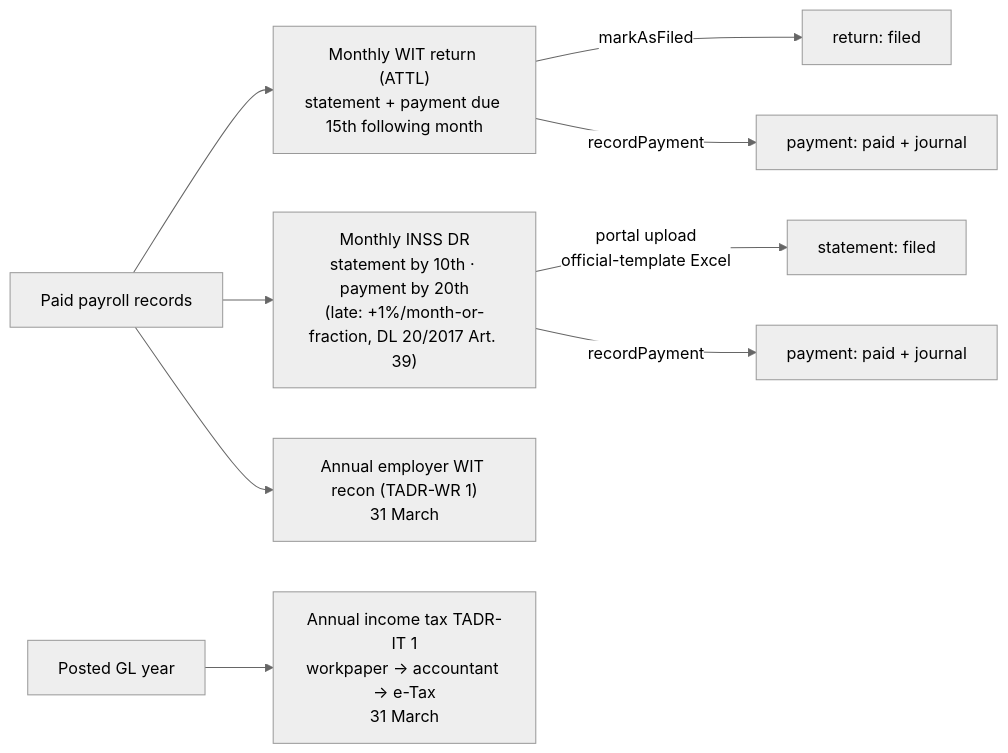
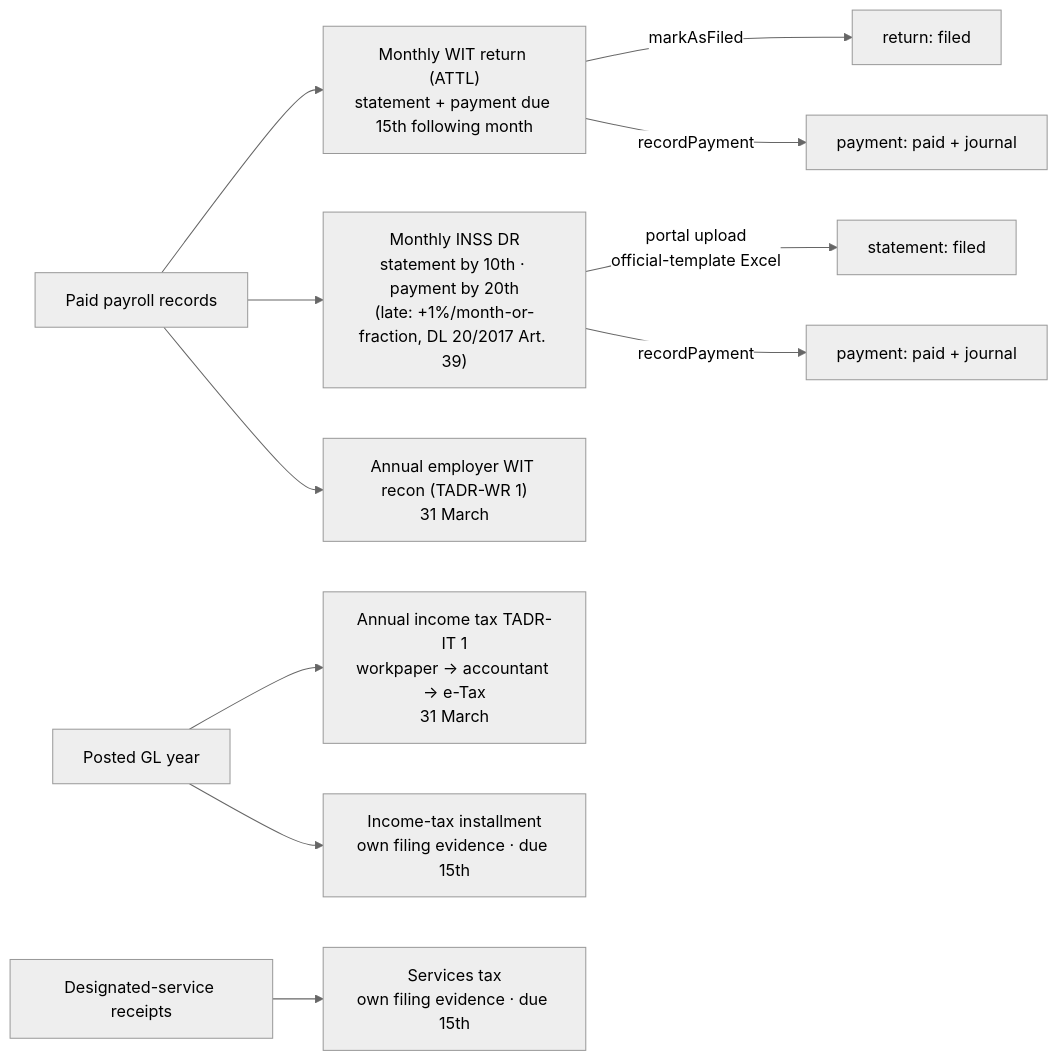
Before and after one commit to OniT-Enterprises/OniT-HR-Payrollerz: the third of 3 diagrams in docs/MONEY_CHAIN.md, drawn with Mermaid (neutral theme). The commit also changed other lines of this file and 70 other files, not shown here.

````diff
--- a/docs/MONEY_CHAIN.md
+++ b/docs/MONEY_CHAIN.md
@@ -74,12 +74,14 @@
 ```mermaid
 flowchart LR
     REC[Paid payroll records] --> WIT["Monthly WIT return (ATTL)\nstatement + payment due 15th following month"]
     REC --> DR["Monthly INSS DR\nstatement by 10th · payment by 20th\n(late: +1%/month-or-fraction, DL 20/2017 Art. 39)"]
     REC --> AWIT["Annual employer WIT recon (TADR-WR 1)\n31 March"]
     GLBOOKS[Posted GL year] --> AIT["Annual income tax TADR-IT 1\nworkpaper → accountant → e-Tax\n31 March"]
+    RECEIPTS[Designated-service receipts] --> ST["Services tax\nown filing evidence · due 15th"]
+    GLBOOKS --> INST["Income-tax installment\nown filing evidence · due 15th"]
 
     WIT -- markAsFiled --> F1[return: filed]
     WIT -- recordPayment --> P1[payment: paid + journal]
     DR -- portal upload\nofficial-template Excel --> F2[statement: filed]
     DR -- recordPayment --> P2[payment: paid + journal]
 ```
````
